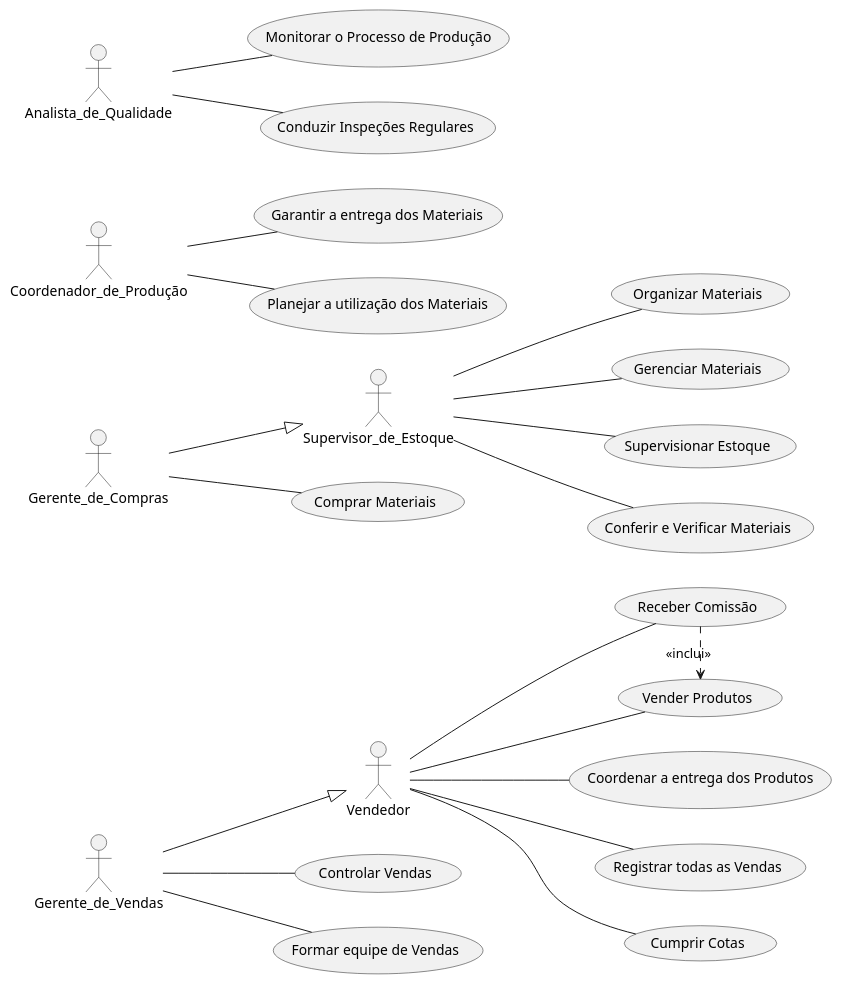
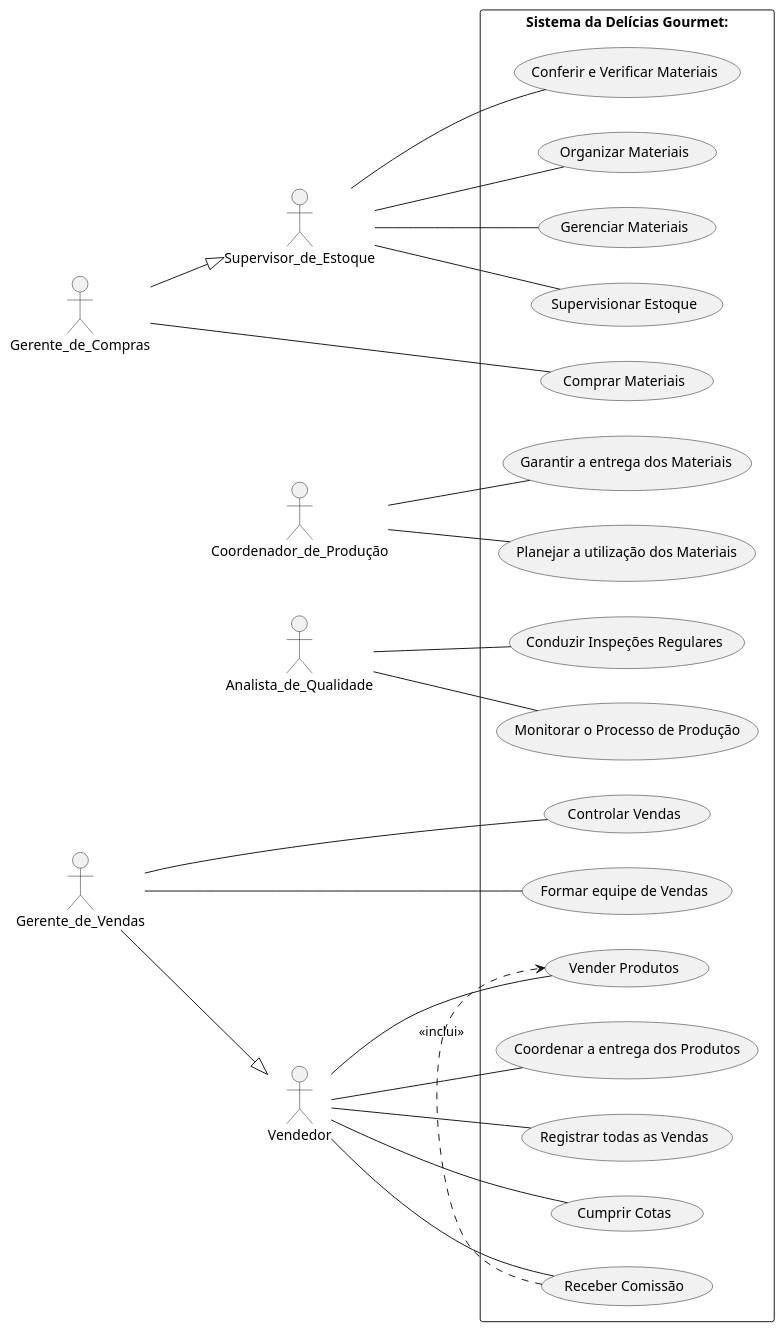
One commit to Aquiles-Moroni/eng1 changed the diagram in DeliciasGourmet.puml.plantuml. Above: the diagram before and after it, drawn with PlantUML. The commit also changed 1 other file, not shown here.

Commit message:
Update Delicias Gourmet
Atualização do Código e Imagem!

```diff
--- a/DeliciasGourmet.puml.plantuml
+++ b/DeliciasGourmet.puml.plantuml
@@ -1,49 +1,51 @@
-@startuml
+@startuml 
 
 left to right direction
 
     actor Gerente_de_Compras as gc
     actor Supervisor_de_Estoque as sde
     actor Coordenador_de_Produção as cp
     actor Analista_de_Qualidade as aq 
     actor Gerente_de_Vendas as gv
     actor Vendedor as vd 
 
+    rectangle "Sistema da Delícias Gourmet:"{
+    usecase "Conduzir Inspeções Regulares" as cir
+    usecase "Monitorar o Processo de Produção" as mpp
+    usecase "Comprar Materiais" as cma 
+    usecase "Conferir e Verificar Materiais" as cvm
     usecase "Organizar Materiais" as om  
     usecase "Gerenciar Materiais" as gm
     usecase "Supervisionar Estoque" as se
+    usecase "Garantir a entrega dos Materiais" as gem
+    usecase "Planejar a utilização dos Materiais" as pum
+    usecase "Controlar Vendas" as cv
+    usecase "Formar equipe de Vendas" as fev
     usecase "Receber Comissão" as rc
     usecase "Vender Produtos" as vp
-    usecase "Controlar Vendas" as cv
-    usecase "Comprar Materiais" as cma
-    usecase "Conferir e Verificar Materiais" as cvm
-    usecase "Garantir a entrega dos Materiais" as gem
-    usecase "Planejar a utilização dos Materiais" as pum
-    usecase "Monitorar o Processo de Produção" as mpp
-    usecase "Conduzir Inspeções Regulares" as cir
     usecase "Coordenar a entrega dos Produtos" as cep
     usecase "Registrar todas as Vendas" as rtv 
-    usecase "Formar equipe de Vendas" as fev
-    usecase "Cumprir Cotas" as cc 
+    usecase "Cumprir Cotas" as cc  
+    }
 
     vd -- rc
     vd -- cc 
     vd -- vp 
     gv -- cv 
     gv -- fev 
     (rc) .> (vp) : <<inclui>> 
     sde -- gm 
     gv --|> vd 
     gc -- cma 
     gc --|> sde 
     sde -- cvm 
     cp -- pum 
     aq --mpp
     aq -- cir 
     vd -- cep 
     vd -- rtv 
     sde -- om 
     cp -- gem 
     sde -- se 
 
 @enduml  
```
